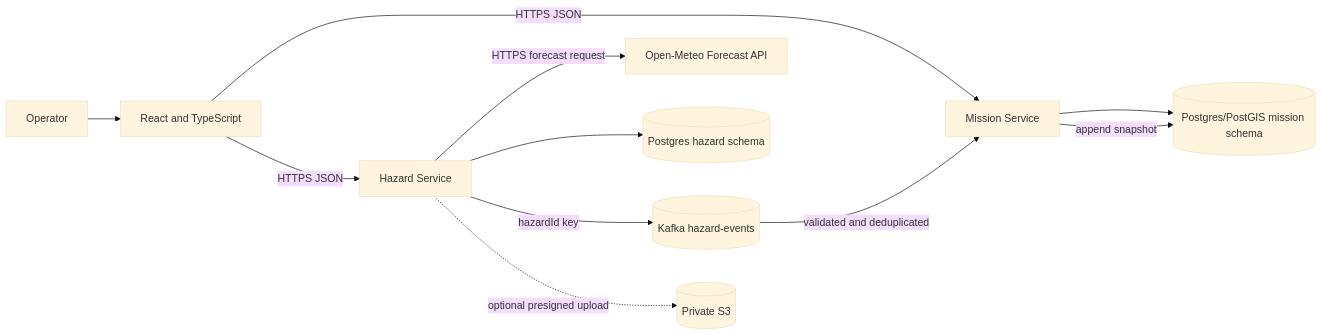
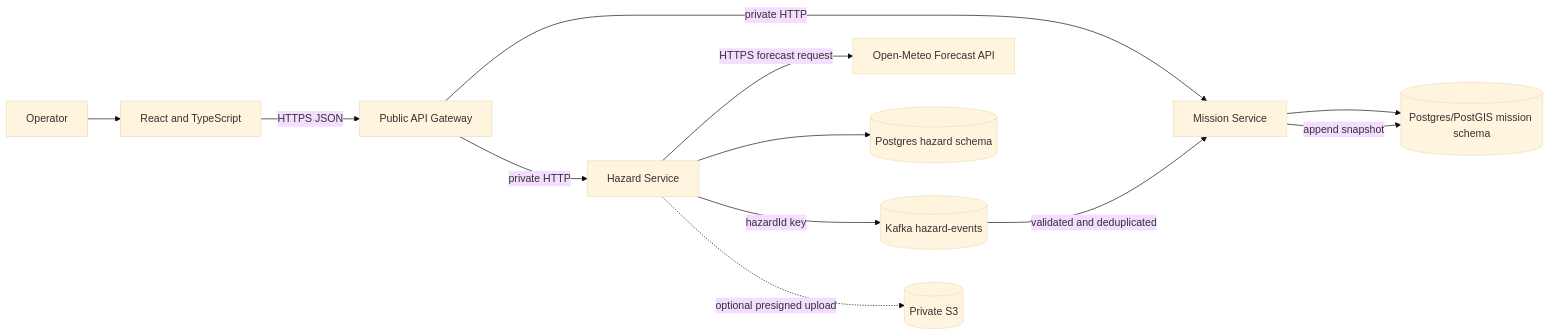
One commit to Vardhangollapalli87/SkyGrid changed the diagram in ARCHITECTURE.md. Above: the diagram before and after it, drawn with Mermaid (base theme). The commit also changed other lines of this file and 30 other files, not shown here.

Commit message:
feat: add API gateway and Render deployment configuration

````diff
--- a/ARCHITECTURE.md
+++ b/ARCHITECTURE.md
@@ -11,13 +11,14 @@
 ```mermaid
 flowchart LR
   U[Operator] --> FE[React and TypeScript]
-  FE -->|HTTPS JSON| MS[Mission Service]
-  FE -->|HTTPS JSON| HS[Hazard Service]
+  FE -->|HTTPS JSON| GW[Public API Gateway]
+  GW -->|private HTTP| MS[Mission Service]
+  GW -->|private HTTP| HS[Hazard Service]
   HS -->|HTTPS forecast request| OM[Open-Meteo Forecast API]
   MS --> PG[(Postgres/PostGIS mission schema)]
   HS --> PGH[(Postgres hazard schema)]
   HS -->|hazardId key| K[(Kafka hazard-events)]
   K -->|validated and deduplicated| MS
   MS -->|append snapshot| PG
   HS -. optional presigned upload .-> S3[(Private S3)]
 ```
````
